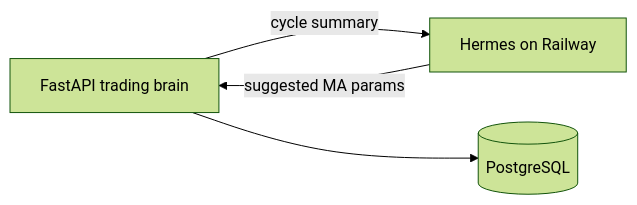
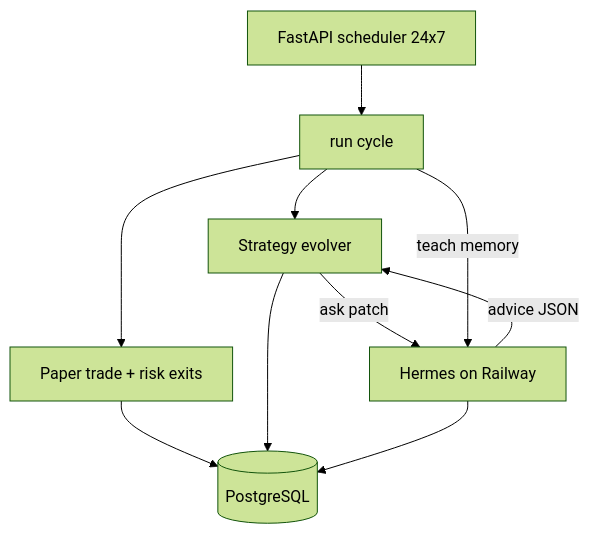
Before and after one commit to kulrajsrajpal-byte/us-stock-agents: the diagram in deploy/hermes.md, drawn with Mermaid (forest theme). The commit also changed other lines of this file and 10 other files, not shown here.

First line of the commit message:
Wire Hermes 24x7 coach with Postgres advice log until profit

````diff
--- a/deploy/hermes.md
+++ b/deploy/hermes.md
@@ -14,6 +7,12 @@
 ```mermaid
-flowchart LR
-  api[FastAPI trading brain] -->|cycle summary| hermes[Hermes on Railway]
-  hermes -->|suggested MA params| api
-  api --> pg[(PostgreSQL)]
+flowchart TB
+  sched[FastAPI scheduler 24x7] --> cycle[run cycle]
+  cycle --> paper[Paper trade + risk exits]
+  paper --> pg[(PostgreSQL)]
+  cycle --> evolver[Strategy evolver]
+  evolver -->|ask patch| hermes[Hermes on Railway]
+  hermes -->|advice JSON| evolver
+  evolver --> pg
+  cycle -->|teach memory| hermes
+  hermes --> pg
 ```
````
